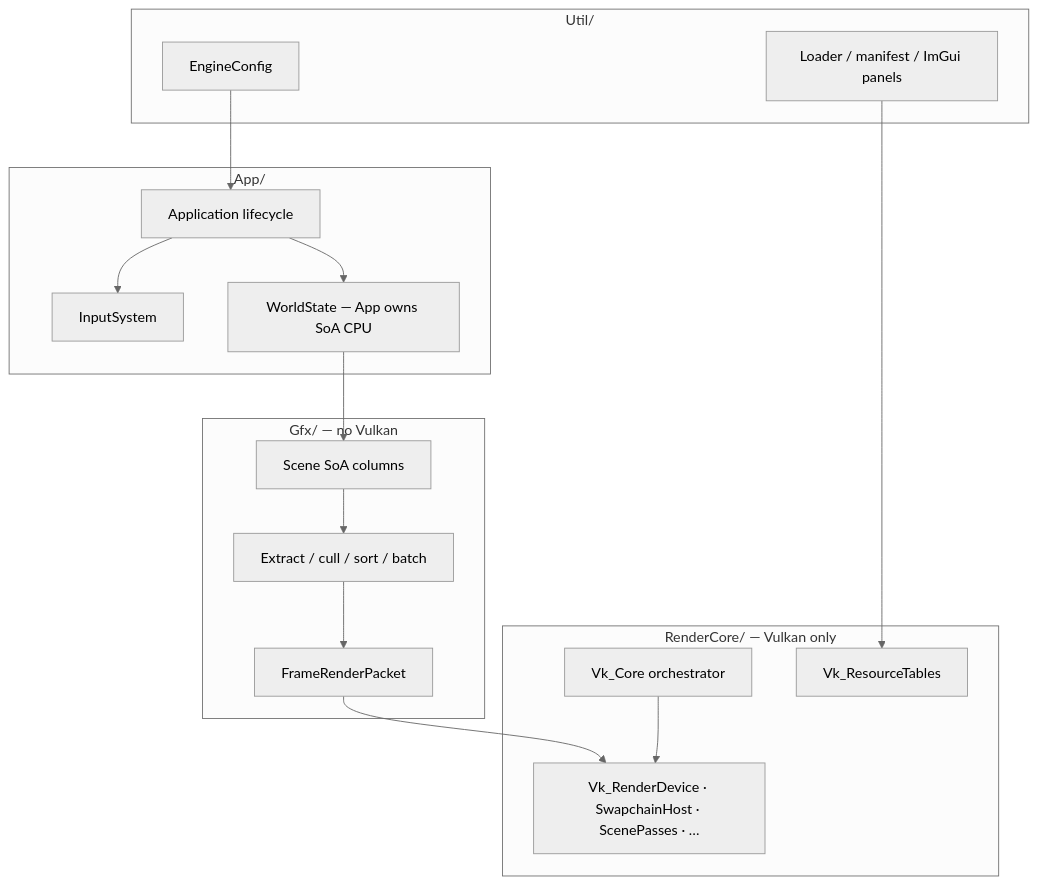
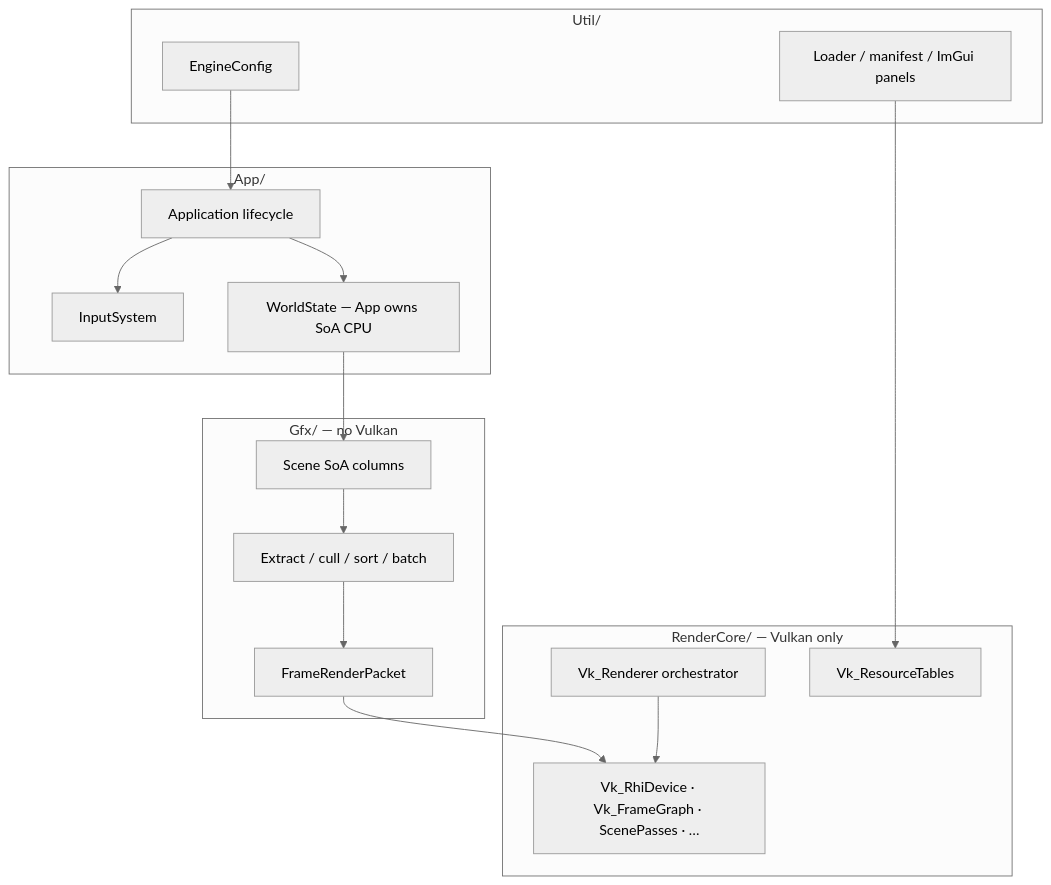
One commit to PluseggWill/SiriusEngine_VulkanReboot changed the first of 13 diagrams in Docs/EngineArchitecture.md. Above: the diagram before and after it, drawn with Mermaid (neutral theme). The commit also changed other lines of this file and 22 other files, not shown here.

First line of the commit message:
[VulkanDesktop] Replace FG v1 + render backend with FrameGraph v2 stack.

````diff
--- a/Docs/EngineArchitecture.md
+++ b/Docs/EngineArchitecture.md
@@ -21,35 +21,35 @@
 ```mermaid
 flowchart TB
   subgraph APP [App/]
     APPLICATION[Application lifecycle]
     INPUT[InputSystem]
     WORLD[WorldState — App owns SoA CPU]
   end
 
   subgraph GFX [Gfx/ — no Vulkan]
     SOA[Scene SoA columns]
     EXTRACT[Extract / cull / sort / batch]
     PACKETS[FrameRenderPacket]
   end
 
   subgraph UTIL [Util/]
     CONFIG[EngineConfig]
     LOAD[Loader / manifest / ImGui panels]
   end
 
   subgraph RC [RenderCore/ — Vulkan only]
-    CORE[Vk_Core orchestrator]
-    PEEL[Vk_RenderDevice · SwapchainHost · ScenePasses · …]
+    CORE[Vk_Renderer orchestrator]
+    PEEL[Vk_RhiDevice · Vk_FrameGraph · ScenePasses · …]
     TABLES[Vk_ResourceTables]
   end
 
   APPLICATION --> INPUT
   APPLICATION --> WORLD
   WORLD --> SOA
   SOA --> EXTRACT
   EXTRACT --> PACKETS
   PACKETS --> PEEL
   CONFIG --> APPLICATION
   LOAD --> TABLES
   CORE --> PEEL
 ```
````
